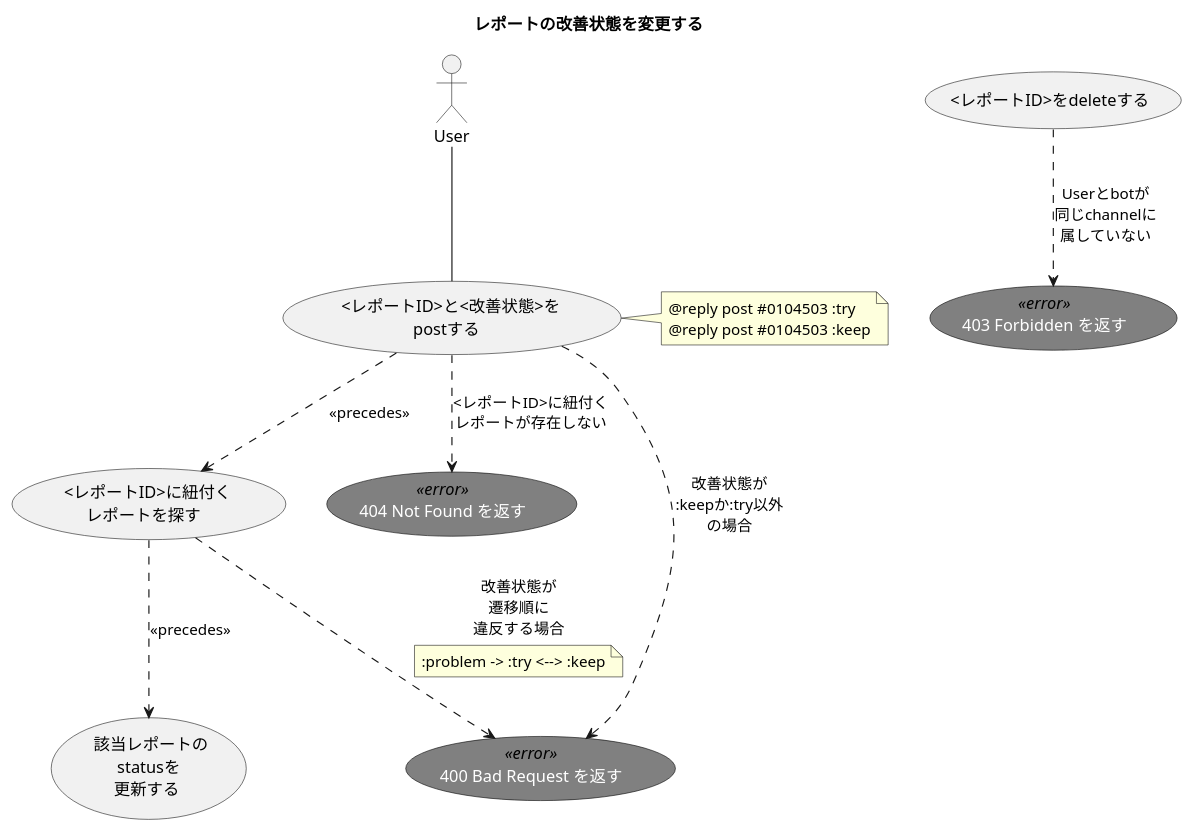
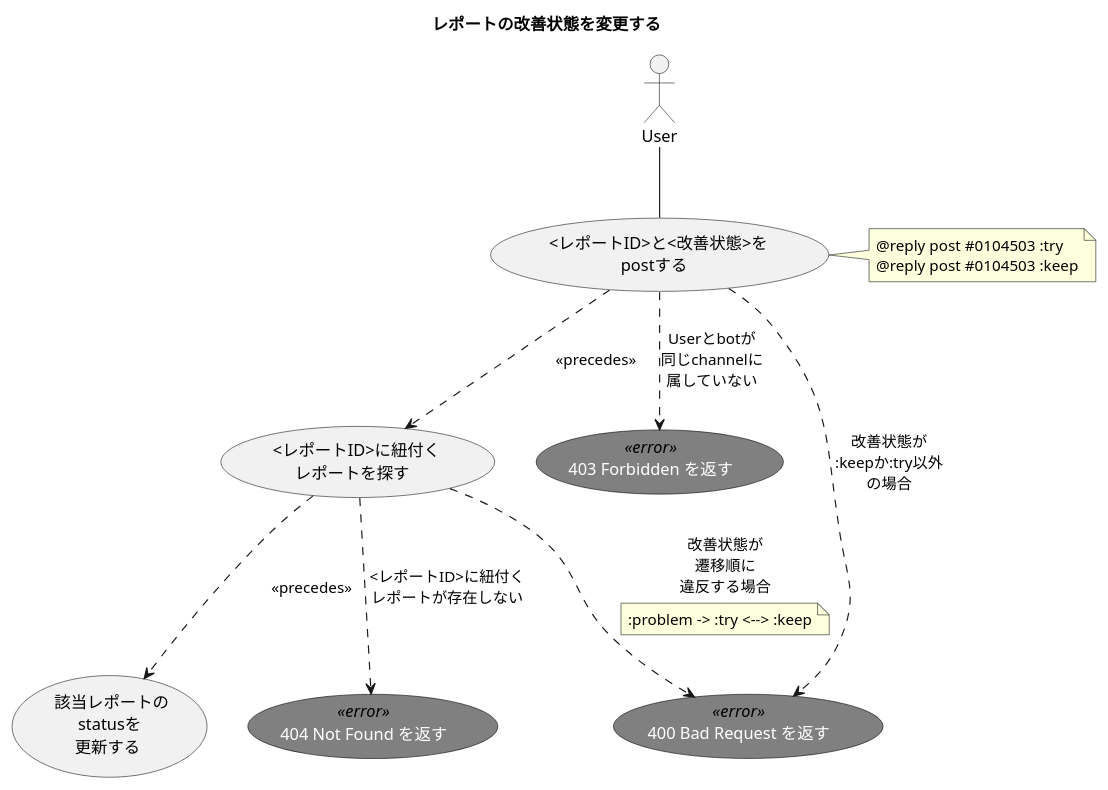
One commit to ito-masam/kpt-guard.doc changed the diagram in 1.design/2.usecases/post-report-change-status.md. Above: the diagram before and after it, drawn with PlantUML.

Commit message:
403の場合を追記

```diff
--- a/1.design/2.usecases/post-report-change-status.md
+++ b/1.design/2.usecases/post-report-change-status.md
@@ -1,39 +1,39 @@
 @startuml
 
     ' ----------- meta
     title レポートの改善状態を変更する
 
     skinparam usecase {
       FontColor<<error>> white
       FontName<<error>> Verdana
       BackgroundColor<<error>> gray
       BorderColor<<error>> black
     }
 
     actor User
 
     ' ----------- main
     User -- ( <レポートID>と<改善状態>を\npostする )
     ( <レポートID>と<改善状態>を\npostする ) ..> ( <レポートID>に紐付く\nレポートを探す ) : << precedes >>
     ( <レポートID>に紐付く\nレポートを探す ) ..> ( 該当レポートの\nstatusを\n更新する ) : << precedes >>
 
     note right of ( <レポートID>と<改善状態>を\npostする )
       @reply post #0104503 :try
       @reply post #0104503 :keep
     end note
 
     ' ----------- alternative
     ( 403 Forbidden を返す ) <<error>>
-    ( <レポートID>をdeleteする ) ..> ( 403 Forbidden を返す ) : Userとbotが\n同じchannelに\n属していない
+    ( <レポートID>と<改善状態>を\npostする ) ..> ( 403 Forbidden を返す ) : Userとbotが\n同じchannelに\n属していない
 
     ( 404 Not Found を返す ) <<error>>
-    ( <レポートID>と<改善状態>を\npostする ) ..> ( 404 Not Found を返す ) : <レポートID>に紐付く\nレポートが存在しない
+    ( <レポートID>に紐付く\nレポートを探す ) ..> ( 404 Not Found を返す ) : <レポートID>に紐付く\nレポートが存在しない
 
     ( 400 Bad Request を返す ) <<error>>
     ( <レポートID>と<改善状態>を\npostする ) ..> ( 400 Bad Request を返す ) : 改善状態が\n:keepか:try以外\nの場合
     ( <レポートID>に紐付く\nレポートを探す ) ..> ( 400 Bad Request を返す ) : 改善状態が\n遷移順に\n違反する場合
     note on link
       :problem -> :try <--> :keep
     end note
 
 @enduml
```
